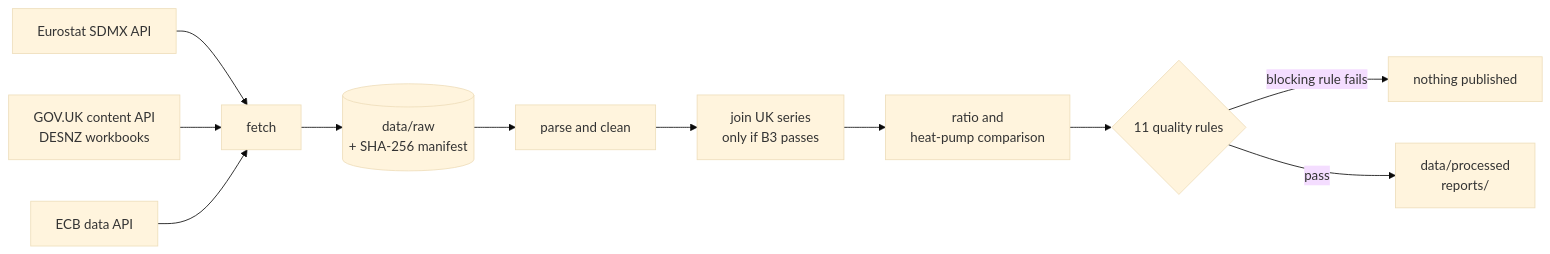
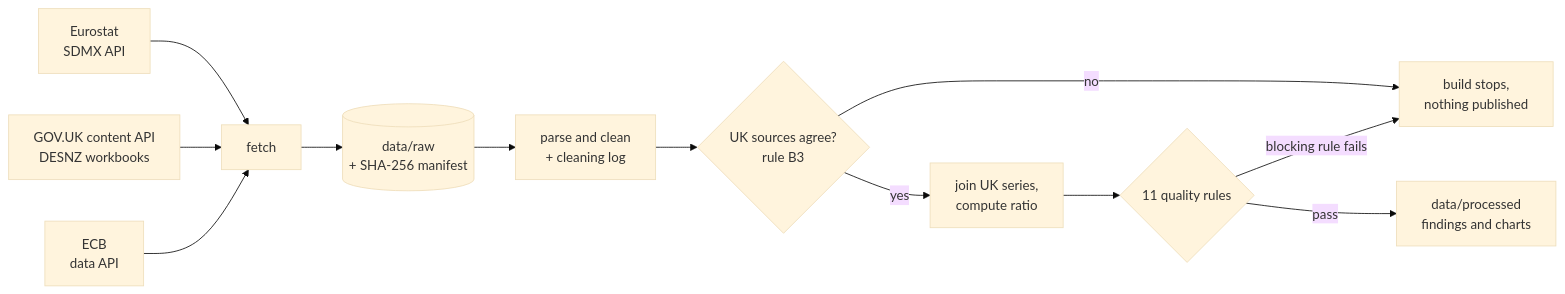
One commit to gbadedata/electricity-gas-price-ratio changed the diagram in README.md. Above: the diagram before and after it, drawn with Mermaid (base theme). The commit also changed other lines of this file and 3 other files, not shown here.

````diff
--- a/README.md
+++ b/README.md
@@ -55,13 +100,14 @@
 ```mermaid
 flowchart LR
-    A[Eurostat SDMX API] --> F[fetch]
+    A[Eurostat<br/>SDMX API] --> F[fetch]
     B[GOV.UK content API<br/>DESNZ workbooks] --> F
-    C[ECB data API] --> F
+    C[ECB<br/>data API] --> F
     F --> R[(data/raw<br/>+ SHA-256 manifest)]
-    R --> P[parse and clean]
-    P --> S[join UK series<br/>only if B3 passes]
-    S --> X[ratio and<br/>heat-pump comparison]
+    R --> P[parse and clean<br/>+ cleaning log]
+    P --> S{UK sources agree?<br/>rule B3}
+    S -->|no| STOP[build stops,<br/>nothing published]
+    S -->|yes| X[join UK series,<br/>compute ratio]
     X --> V{11 quality rules}
-    V -->|blocking rule fails| STOP[nothing published]
-    V -->|pass| O[data/processed<br/>reports/]
+    V -->|blocking rule fails| STOP
+    V -->|pass| O[data/processed<br/>findings and charts]
 ```
````
